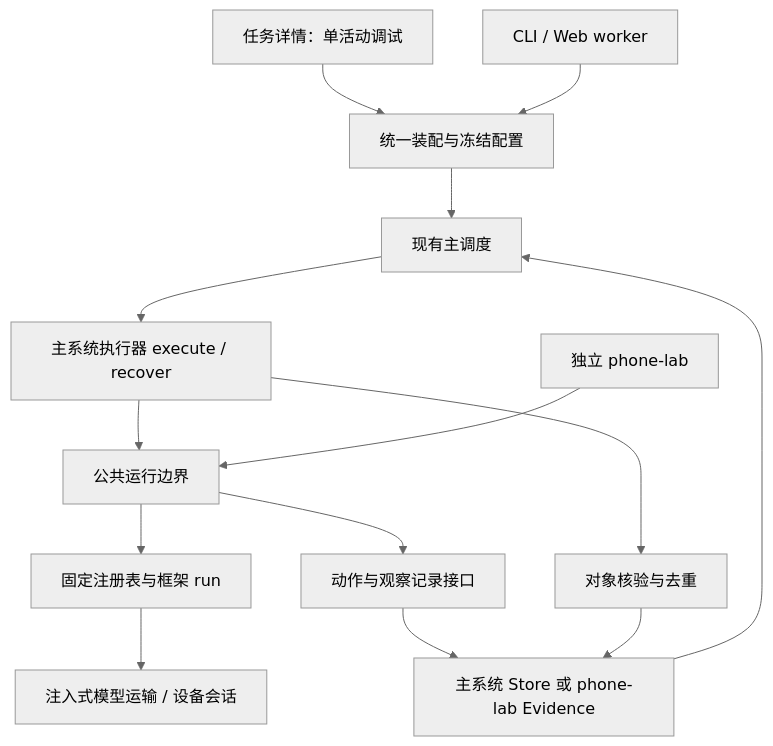
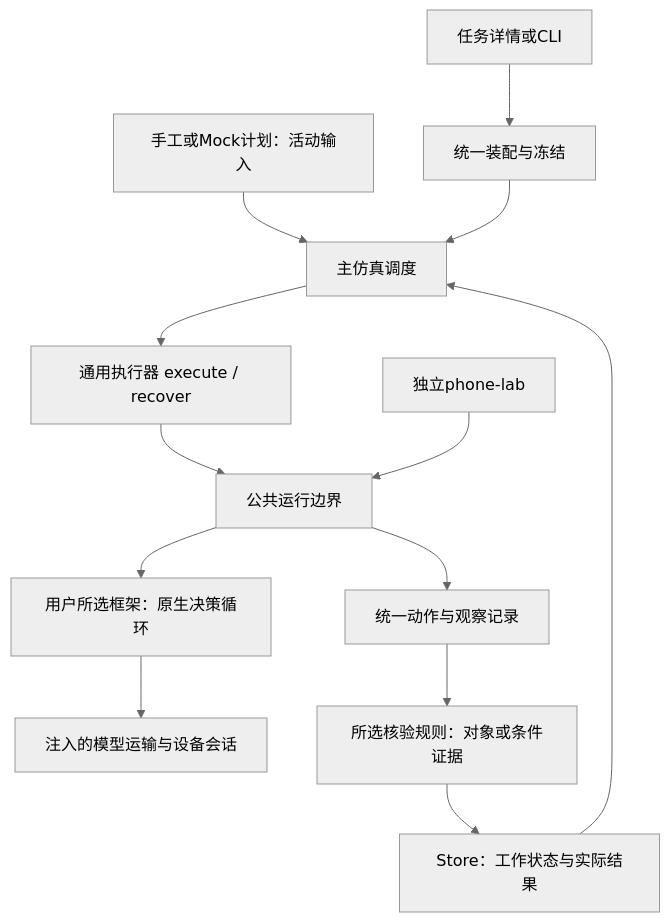
Before and after one commit to rexyangqaq-a11y/BehaviorLab: the first of 2 diagrams in docs/V05_HIGH_LEVEL_DESIGN.md, drawn with Mermaid (neutral theme). The commit also changed other lines of this file and 7 other files, not shown here.

````diff
--- a/docs/V05_HIGH_LEVEL_DESIGN.md
+++ b/docs/V05_HIGH_LEVEL_DESIGN.md
@@ -25,16 +33,15 @@
 ```mermaid
 flowchart TD
-  W[任务详情：单活动调试] --> F[统一装配与冻结配置]
-  C[CLI / Web worker] --> F
-  F --> S[现有主调度]
-  S --> E[主系统执行器 execute / recover]
+  U[手工或Mock计划：活动输入] --> S[主仿真调度]
+  C[任务详情或CLI] --> A[统一装配与冻结]
+  A --> S
+  S --> E[通用执行器 execute / recover]
   E --> K[公共运行边界]
-  L[独立 phone-lab] --> K
-  K --> R[固定注册表与框架 run]
-  R --> I[注入式模型运输 / 设备会话]
-  K --> J[动作与观察记录接口]
-  J --> D[主系统 Store 或 phone-lab Evidence]
-  E --> V[对象核验与去重]
-  V --> D
+  L[独立phone-lab] --> K
+  K --> F[用户所选框架：原生决策循环]
+  F --> T[注入的模型运输与设备会话]
+  K --> J[统一动作与观察记录]
+  J --> V[所选核验规则：对象或条件证据]
+  V --> D[Store：工作状态与实际结果]
   D --> S
 ```
````
